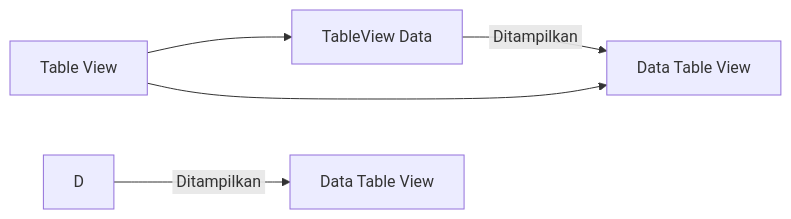
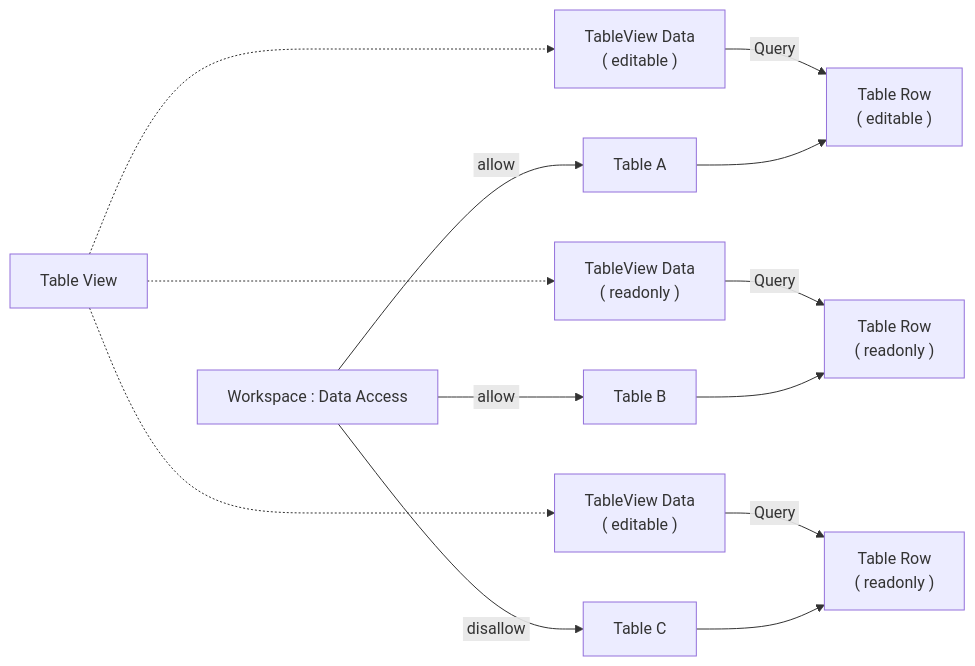
One commit to ginalne/phoenix-docs changed the first of 2 diagrams in Docs/Modul Interface/Table View/Apa itu Table View.md. Above: the diagram before and after it, drawn with Mermaid. The commit also changed other lines of this file, not shown here.

Commit message:
Update Docs/Modul Interface/Table View/Apa itu Table View.md

````diff
--- a/Docs/Modul Interface/Table View/Apa itu Table View.md
+++ b/Docs/Modul Interface/Table View/Apa itu Table View.md
@@ -46,9 +45,16 @@
 ```mermaid
 flowchart LR
-    A["Table View"] --> B["TableView Data"]
-    A --> C["TableView Data"]
-    B
-    C["TableView Data"]
-    B -->|&nbsp;Ditampilkan&nbsp;| C["Data Table View"]
-    D -->|&nbsp;Ditampilkan&nbsp;| E["Data Table View"]
+    A["Table View"] -..-> B["TableView Data<br>( editable )"]
+    A -..-> C["TableView Data<br>( readonly )"]
+    A -..-> D["TableView Data<br>( editable )"]
+    B -->|&nbsp;Query&nbsp;| F["Table Row<br>( editable )"]
+    C -->|&nbsp;Query&nbsp;| G["Table Row<br>( readonly )"]
+    D -->|&nbsp;Query&nbsp;| H["Table Row<br>( readonly )"]
+
+    X["Table A"] --> F
+    Y["Table B"] --> G
+    Z["Table C"] --> H
+    W["Workspace : Data Access"] -->|&nbsp;allow&nbsp;| X
+    W -->|&nbsp;allow&nbsp;| Y
+    W -->|&nbsp;disallow&nbsp;| Z
 ```
````
